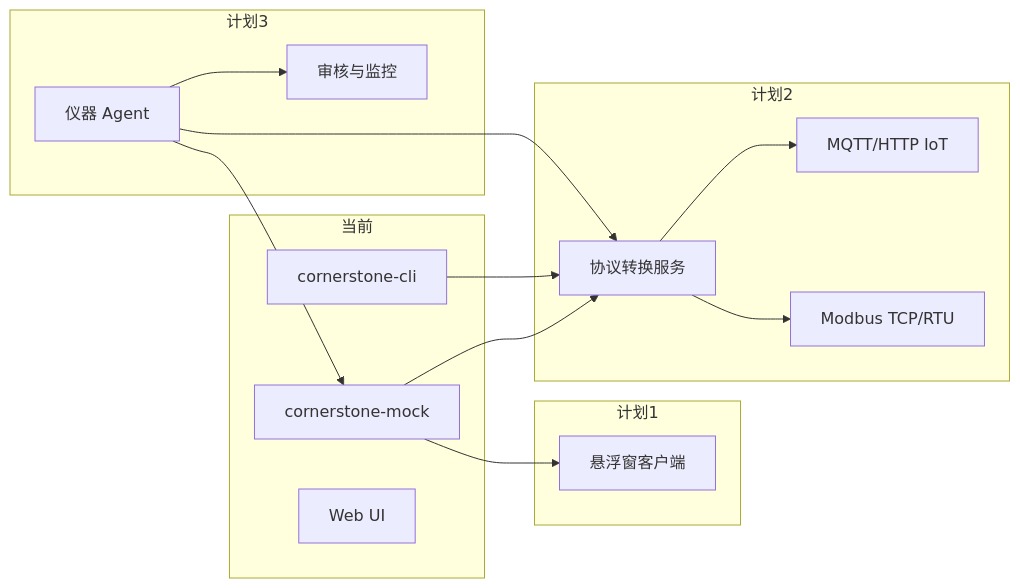
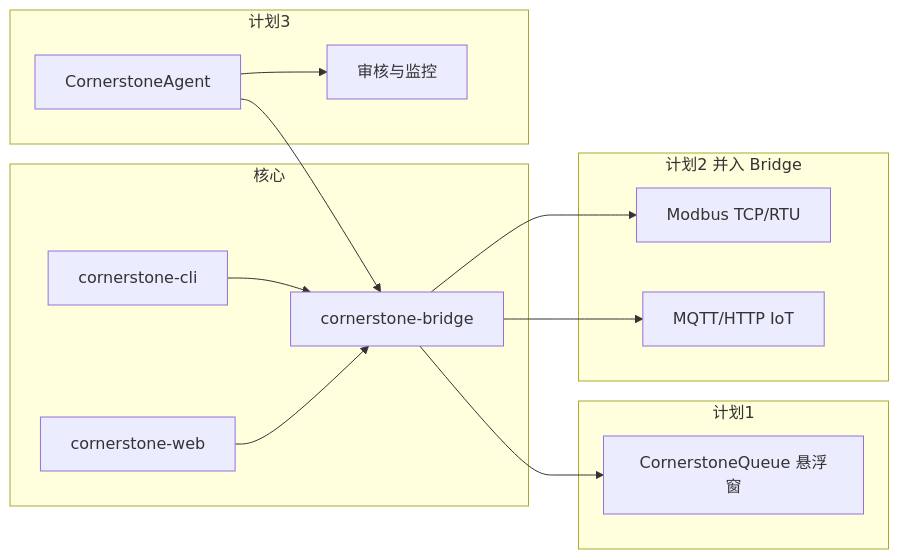
The third of 3 diagrams in PLAN.md (tempcy/CornerstoneMock), drawn with Mermaid before and after one commit. The commit also changed other lines of this file and 39 other files, not shown here.

Commit message:
Split mock server into cornerstone_bridge modules

````diff
--- a/PLAN.md
+++ b/PLAN.md
@@ -15,28 +104,26 @@
 ```mermaid
 flowchart LR
-  subgraph now [当前]
+  subgraph core [核心]
     CLI[cornerstone-cli]
-    Mock[cornerstone-mock]
-    Web[Web UI]
+    Bridge[cornerstone-bridge]
+    Web[cornerstone-web]
   end
   subgraph p1 [计划1]
-    Float[悬浮窗客户端]
+    Float[CornerstoneQueue 悬浮窗]
   end
-  subgraph p2 [计划2]
-    Conv[协议转换服务]
+  subgraph p2 [计划2 并入 Bridge]
     MB[Modbus TCP/RTU]
     IoT[MQTT/HTTP IoT]
   end
   subgraph p3 [计划3]
-    Agent[仪器 Agent]
+    Agent[CornerstoneAgent]
     AI[审核与监控]
   end
-  Mock --> Float
-  CLI --> Conv
-  Mock --> Conv
-  Conv --> MB
-  Conv --> IoT
-  Agent --> Mock
-  Agent --> Conv
+  Bridge --> Float
+  CLI --> Bridge
+  Web --> Bridge
+  Bridge --> MB
+  Bridge --> IoT
+  Agent --> Bridge
   Agent --> AI
 ```
````
